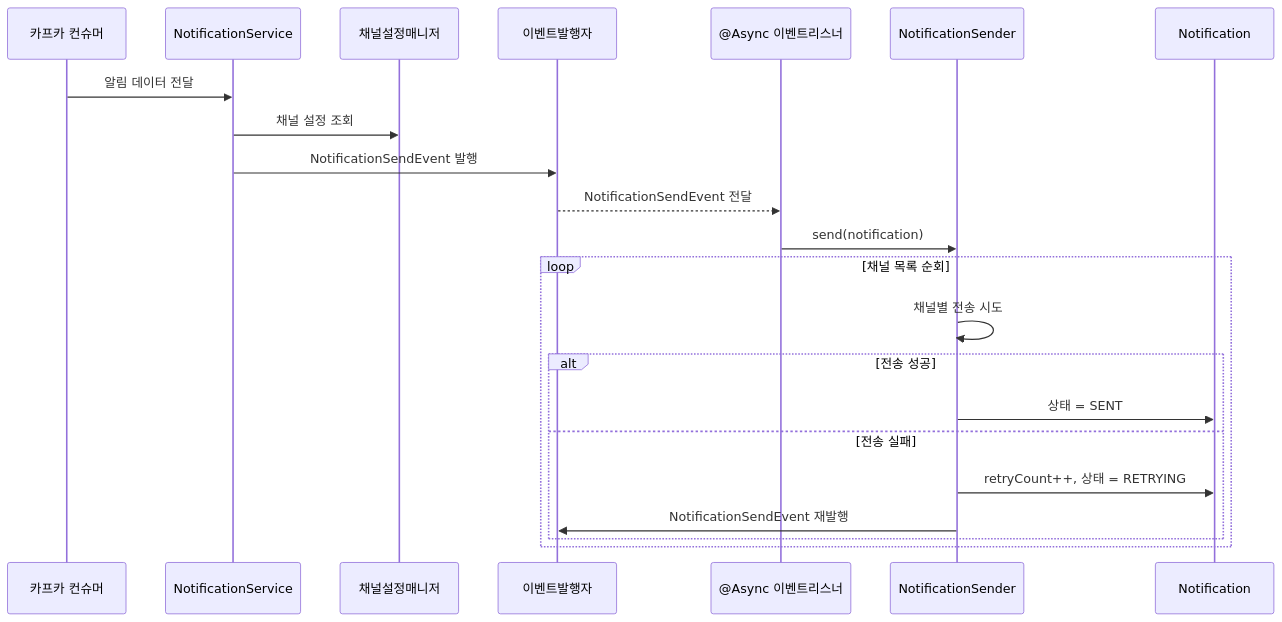
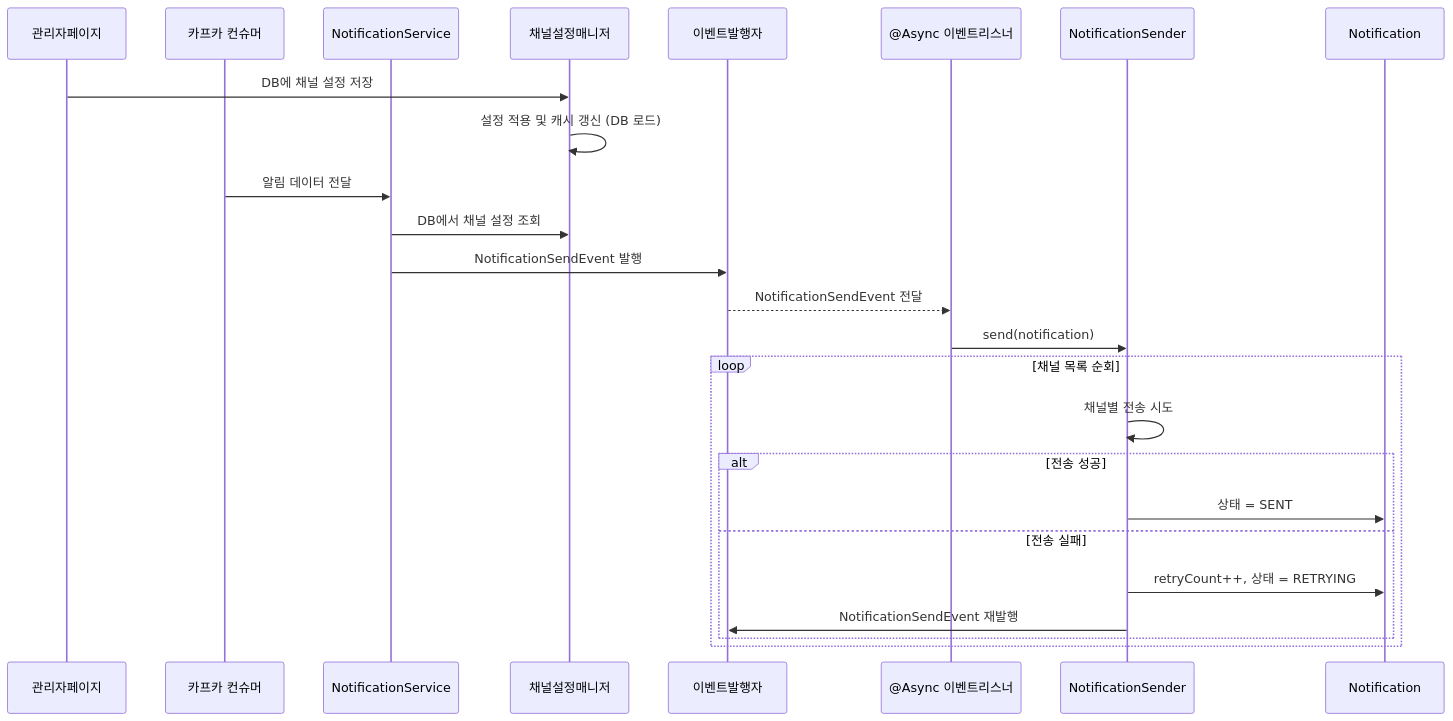
The first of 2 diagrams in docs/Notification/ADR_Notification.md (Team-CDBD/OpensourceBE), drawn with Mermaid before and after one commit. The commit also changed other lines of this file, not shown here.

````diff
--- a/docs/Notification/ADR_Notification.md
+++ b/docs/Notification/ADR_Notification.md
@@ -31,25 +46,28 @@
 ```mermaid
 sequenceDiagram
+    participant AdminUI as 관리자페이지
     participant KafkaConsumer as 카프카 컨슈머
     participant NotificationService as NotificationService
     participant ChannelSettingManager as 채널설정매니저
     participant EventPublisher as 이벤트발행자
     participant EventListener as @Async 이벤트리스너
     participant NotificationSender as NotificationSender
 
+    AdminUI->>ChannelSettingManager: DB에 채널 설정 저장
+    ChannelSettingManager->>ChannelSettingManager: 설정 적용 및 캐시 갱신 (DB 로드)
     KafkaConsumer->>NotificationService: 알림 데이터 전달
-    NotificationService->>ChannelSettingManager: 채널 설정 조회
+    NotificationService->>ChannelSettingManager: DB에서 채널 설정 조회
     NotificationService->>EventPublisher: NotificationSendEvent 발행
 
     EventPublisher-->>EventListener: NotificationSendEvent 전달
     EventListener->>NotificationSender: send(notification)
     loop 채널 목록 순회
         NotificationSender->>NotificationSender: 채널별 전송 시도
         alt 전송 성공
             NotificationSender->>Notification: 상태 = SENT
         else 전송 실패
             NotificationSender->>Notification: retryCount++, 상태 = RETRYING
             NotificationSender->>EventPublisher: NotificationSendEvent 재발행
         end
     end
 ```
````
